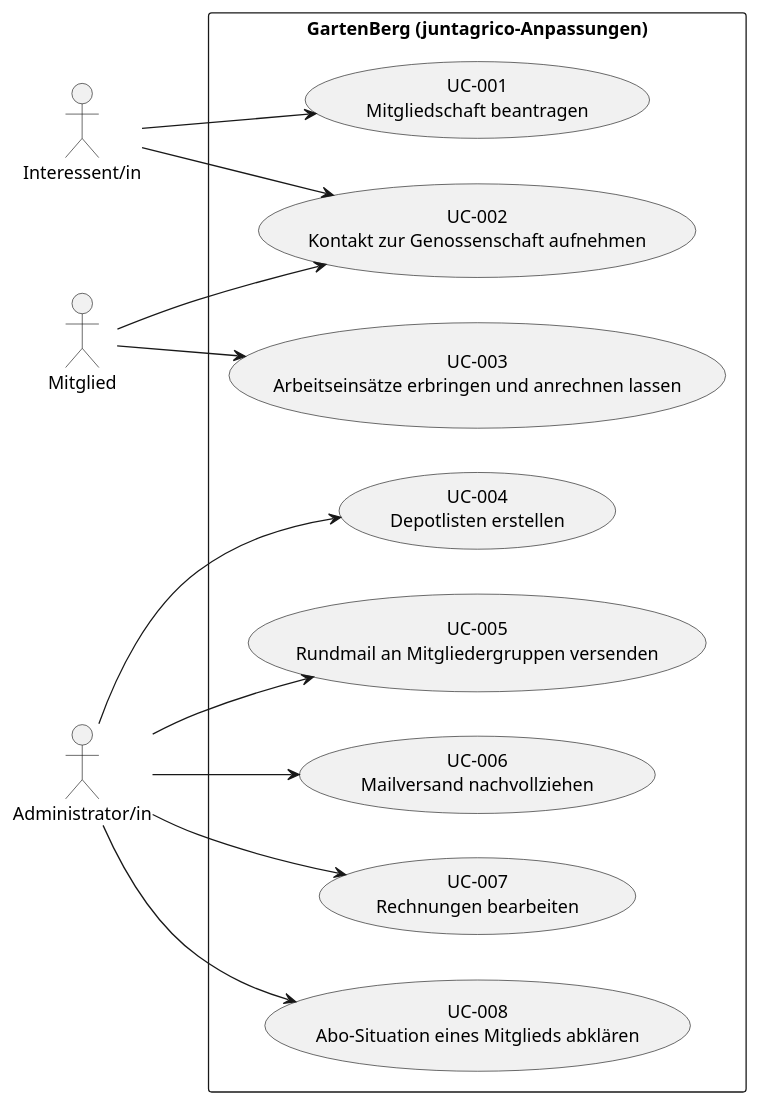
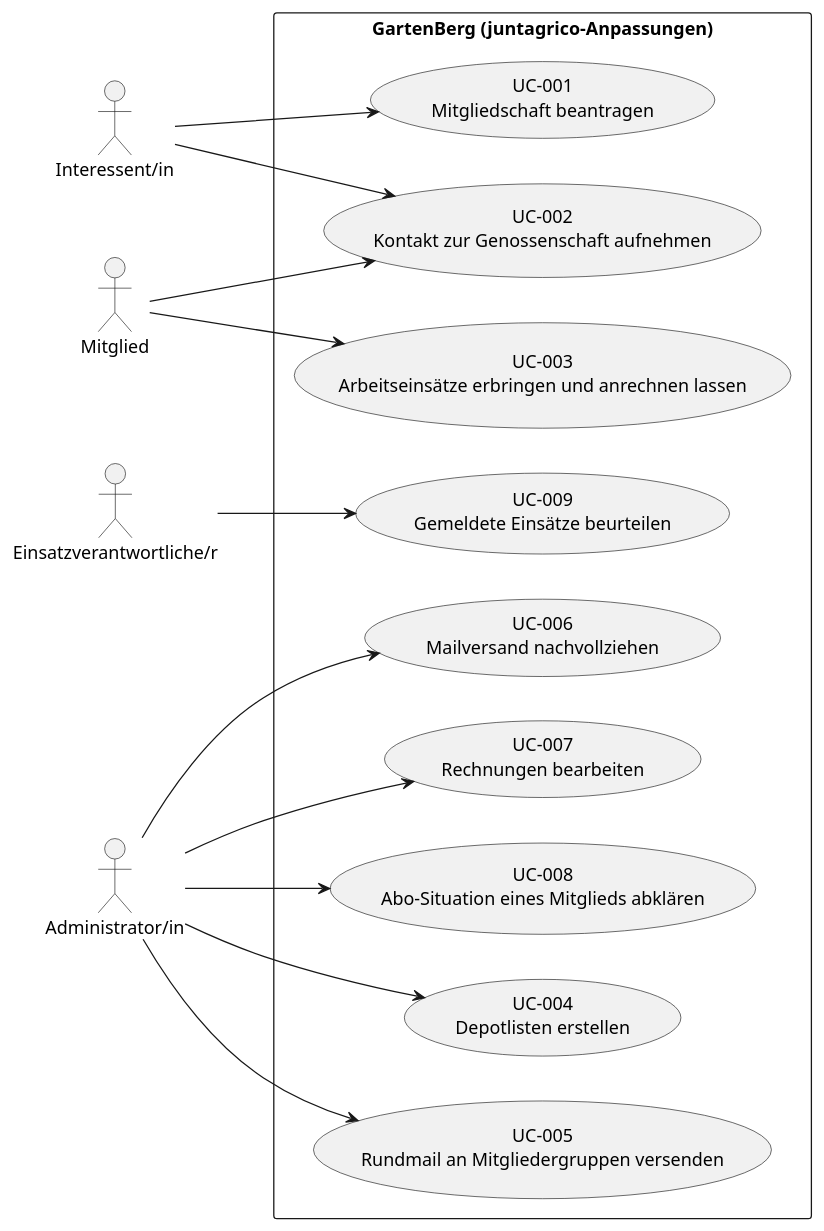
One commit to gartenbergCH/gartenberg changed the diagram in docs/use_cases.puml. Above: the diagram before and after it, drawn with PlantUML. The commit also changed 7 other files, not shown here.

```diff
--- a/docs/use_cases.puml
+++ b/docs/use_cases.puml
@@ -1,31 +1,35 @@
 @startuml Use Cases Overview
 left to right direction
 
 actor "Interessent/in" as prospect
 actor "Mitglied" as member
+actor "Einsatzverantwortliche/r" as approver
 actor "Administrator/in" as admin
 
 rectangle "GartenBerg (juntagrico-Anpassungen)" {
     usecase "UC-001\nMitgliedschaft beantragen" as UC001
     usecase "UC-002\nKontakt zur Genossenschaft aufnehmen" as UC002
     usecase "UC-003\nArbeitseinsätze erbringen und anrechnen lassen" as UC003
     usecase "UC-004\nDepotlisten erstellen" as UC004
     usecase "UC-005\nRundmail an Mitgliedergruppen versenden" as UC005
     usecase "UC-006\nMailversand nachvollziehen" as UC006
     usecase "UC-007\nRechnungen bearbeiten" as UC007
     usecase "UC-008\nAbo-Situation eines Mitglieds abklären" as UC008
+    usecase "UC-009\nGemeldete Einsätze beurteilen" as UC009
 }
 
 prospect --> UC001
 prospect --> UC002
 
 member --> UC002
 member --> UC003
 
+approver --> UC009
+
 admin --> UC004
 admin --> UC005
 admin --> UC006
 admin --> UC007
 admin --> UC008
 
 @enduml
```
